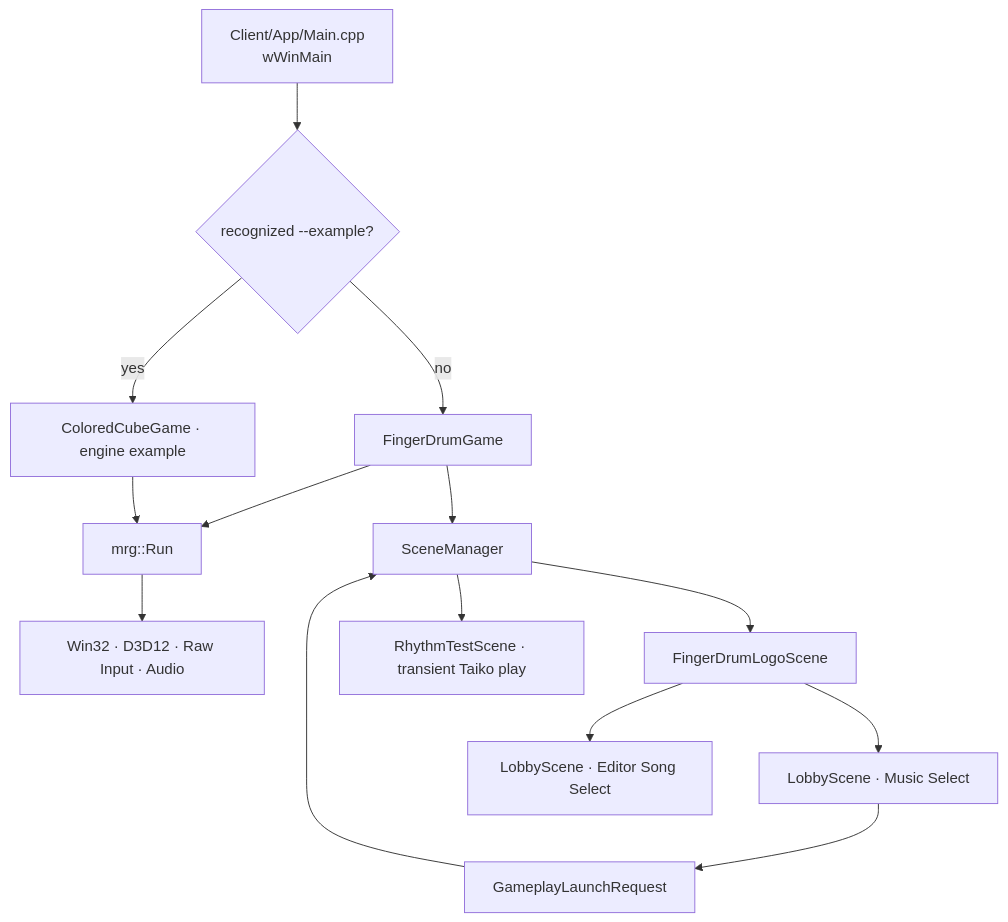
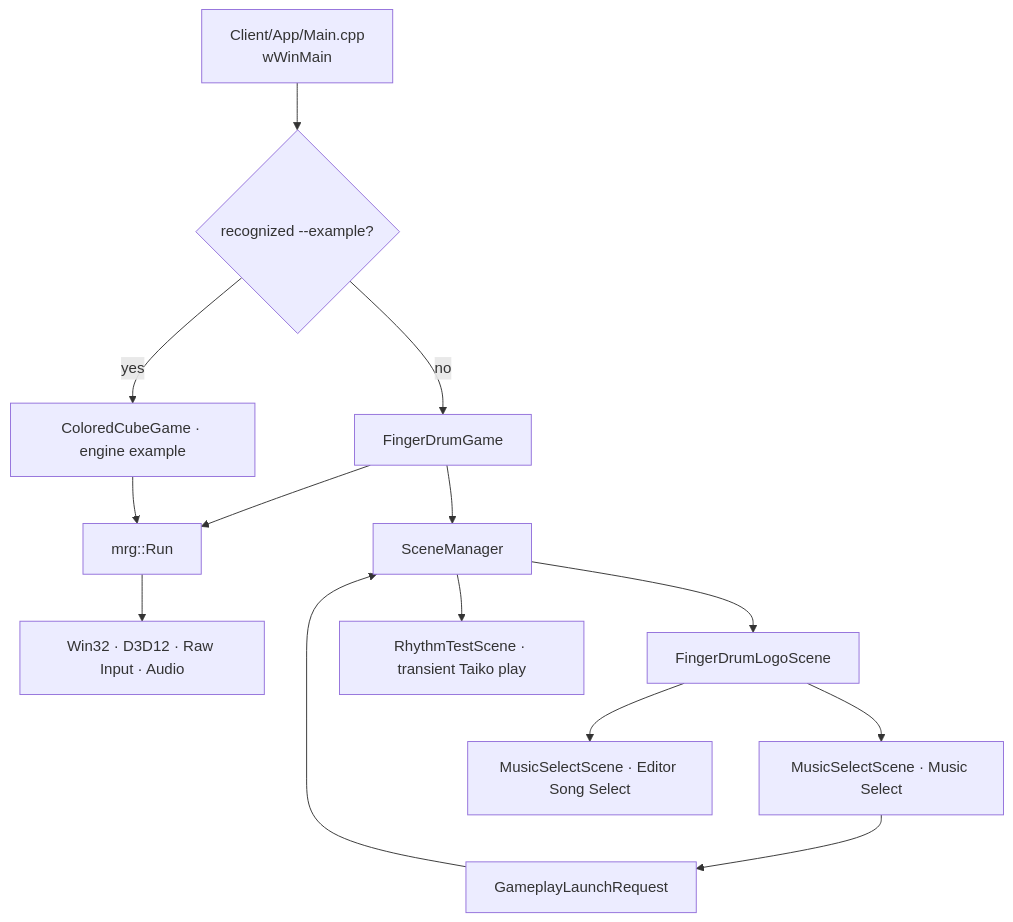
One commit to 4dblackhole/MyRhythmGame-Client changed the diagram in Docs/ExecutionFlow.md. Above: the diagram before and after it, drawn with Mermaid. The commit also changed 10 other files, not shown here.

Commit message:
Rename LobbyScene to MusicSelectScene

````diff
--- a/Docs/ExecutionFlow.md
+++ b/Docs/ExecutionFlow.md
@@ -6,16 +6,16 @@
 ```mermaid
 flowchart TD
     Entry["Client/App/Main.cpp\nwWinMain"] --> Route{"recognized --example?"}
     Route -->|"no"| Game["FingerDrumGame"]
     Route -->|"yes"| Example["ColoredCubeGame · engine example"]
     Game --> Run["mrg::Run"]
     Example --> Run
     Run --> Systems["Win32 · D3D12 · Raw Input · Audio"]
     Game --> Manager["SceneManager"]
     Manager --> Logo["FingerDrumLogoScene"]
-    Logo --> Lobby["LobbyScene · Music Select"]
-    Logo --> EditorSelect["LobbyScene · Editor Song Select"]
+    Logo --> Lobby["MusicSelectScene · Music Select"]
+    Logo --> EditorSelect["MusicSelectScene · Editor Song Select"]
     Lobby --> Request["GameplayLaunchRequest"]
     Request --> Manager
     Manager --> Test["RhythmTestScene · transient Taiko play"]
 ```
````
